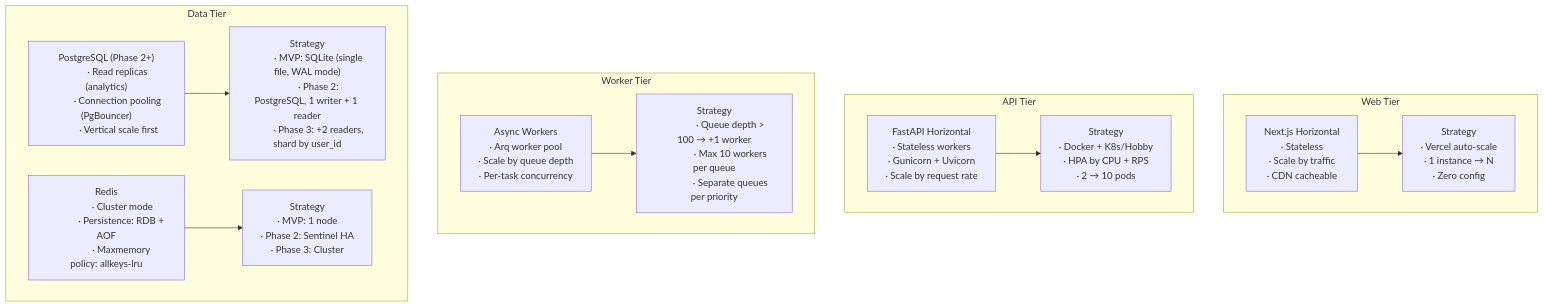
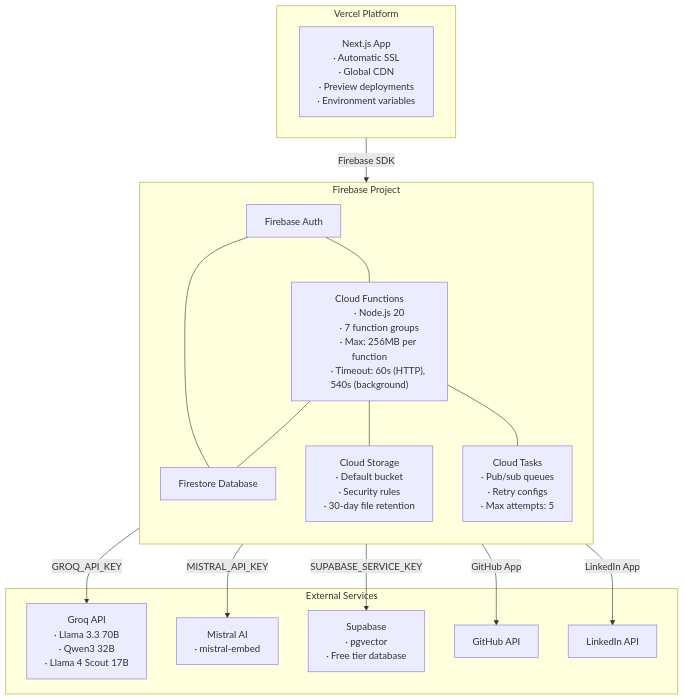
Before and after one commit to Blacksujit/AI-Brand-OS: diagram 12 of 13 in docs/02_SYSTEM_ARCHITECTURE.md, drawn with Mermaid. The commit also changed other lines of this file and 50 other files, not shown here.

First line of the commit message:
docs: rewrite architecture docs for Firebase/TypeScript stack

````diff
--- a/docs/02_SYSTEM_ARCHITECTURE.md
+++ b/docs/02_SYSTEM_ARCHITECTURE.md
@@ -1652,60 +1052,57 @@
 ```mermaid
 flowchart TB
-  subgraph WEB["Web Tier"]
-    NEXT_H["Next.js Horizontal
-            · Stateless
-            · Scale by traffic
-            · CDN cacheable"]
-    NEXT_S["Strategy
-            · Vercel auto-scale
-            · 1 instance → N
-            · Zero config"]
+  subgraph VERCEL["Vercel Platform"]
+    direction LR
+    NEXT_APP["Next.js App
+              · Automatic SSL
+              · Global CDN
+              · Preview deployments
+              · Environment variables"]
   end
 
-  subgraph API["API Tier"]
-    FAST_H["FastAPI Horizontal
-            · Stateless workers
-            · Gunicorn + Uvicorn
-            · Scale by request rate"]
-    FAST_S["Strategy
-            · Docker + K8s/Hobby
-            · HPA by CPU + RPS
-            · 2 → 10 pods"]
+  subgraph FIREBASE["Firebase Project"]
+    direction TB
+    FA["Firebase Auth"]
+    FS_DB["Firestore Database"]
+    CF["Cloud Functions
+        · Node.js 20
+        · 7 function groups
+        · Max: 256MB per function
+        · Timeout: 60s (HTTP), 540s (background)"]
+    CS["Cloud Storage
+        · Default bucket
+        · Security rules
+        · 30-day file retention"]
+    CT["Cloud Tasks
+        · Pub/sub queues
+        · Retry configs
+        · Max attempts: 5"]
+
+    FA --- FS_DB
+    FA --- CF
+    CF --- FS_DB
+    CF --- CS
+    CF --- CT
   end
 
-  subgraph WORKER["Worker Tier"]
-    WORKER_H["Async Workers
-              · Arq worker pool
-              · Scale by queue depth
-              · Per-task concurrency"]
-    WORKER_S["Strategy
-              · Queue depth > 100 → +1 worker
-              · Max 10 workers per queue
-              · Separate queues per priority"]
+  subgraph EXTERNAL["External Services"]
+    GROQ["Groq API
+          · Llama 3.3 70B
+          · Qwen3 32B
+          · Llama 4 Scout 17B"]
+    MISTRAL["Mistral AI
+             · mistral-embed"]
+    SUPABASE["Supabase
+              · pgvector
+              · Free tier database"]
+    GITHUB_API["GitHub API"]
+    LI_API["LinkedIn API"]
   end
 
-  subgraph DATA["Data Tier"]
-    PG_H["PostgreSQL (Phase 2+)
-          · Read replicas (analytics)
-          · Connection pooling (PgBouncer)
-          · Vertical scale first"]
-    PG_S["Strategy
-          · MVP: SQLite (single file, WAL mode)
-          · Phase 2: PostgreSQL, 1 writer + 1 reader
-          · Phase 3: +2 readers, shard by user_id"]
-    REDIS_H["Redis
-             · Cluster mode
-             · Persistence: RDB + AOF
-             · Maxmemory policy: allkeys-lru"]
-    REDIS_S["Strategy
-             · MVP: 1 node
-             · Phase 2: Sentinel HA
-             · Phase 3: Cluster"]
-  end
-
-  NEXT_H --> NEXT_S
-  FAST_H --> FAST_S
-  WORKER_H --> WORKER_S
-  PG_H --> PG_S
-  REDIS_H --> REDIS_S
+  VERCEL -->|"Firebase SDK"| FIREBASE
+  CF -->|"GROQ_API_KEY"| GROQ
+  CF -->|"MISTRAL_API_KEY"| MISTRAL
+  CF -->|"SUPABASE_SERVICE_KEY"| SUPABASE
+  CF -->|"GitHub App"| GITHUB_API
+  CF -->|"LinkedIn App"| LI_API
 ```
````
